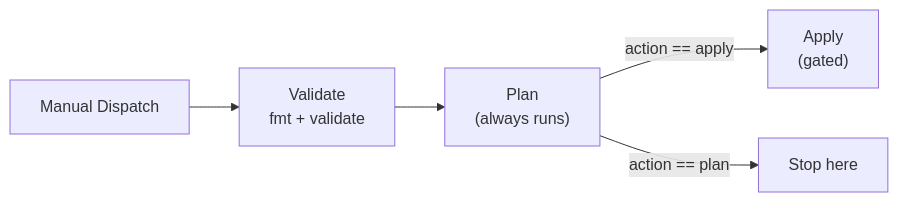
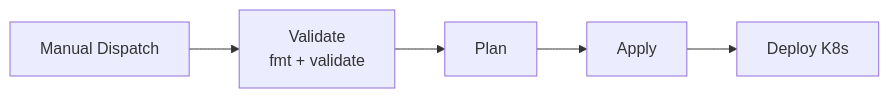
One commit to NUS-ISS-T20-GCAAS/agent-based-hiring-system changed the second of 2 diagrams in infra/terraform/README.md. Above: the diagram before and after it, drawn with Mermaid. The commit also changed other lines of this file and 1 other file, not shown here.

````diff
--- a/infra/terraform/README.md
+++ b/infra/terraform/README.md
@@ -331,7 +331,7 @@
 ```mermaid
 graph LR
     D["Manual Dispatch"] --> V["Validate<br/>fmt + validate"]
-    V --> P["Plan<br/>(always runs)"]
-    P -->|"action == apply"| A["Apply<br/>(gated)"]
-    P -->|"action == plan"| S["Stop here"]
+    V --> P["Plan"]
+    P --> A["Apply"]
+    A --> K["Deploy K8s"]
 ```
````
